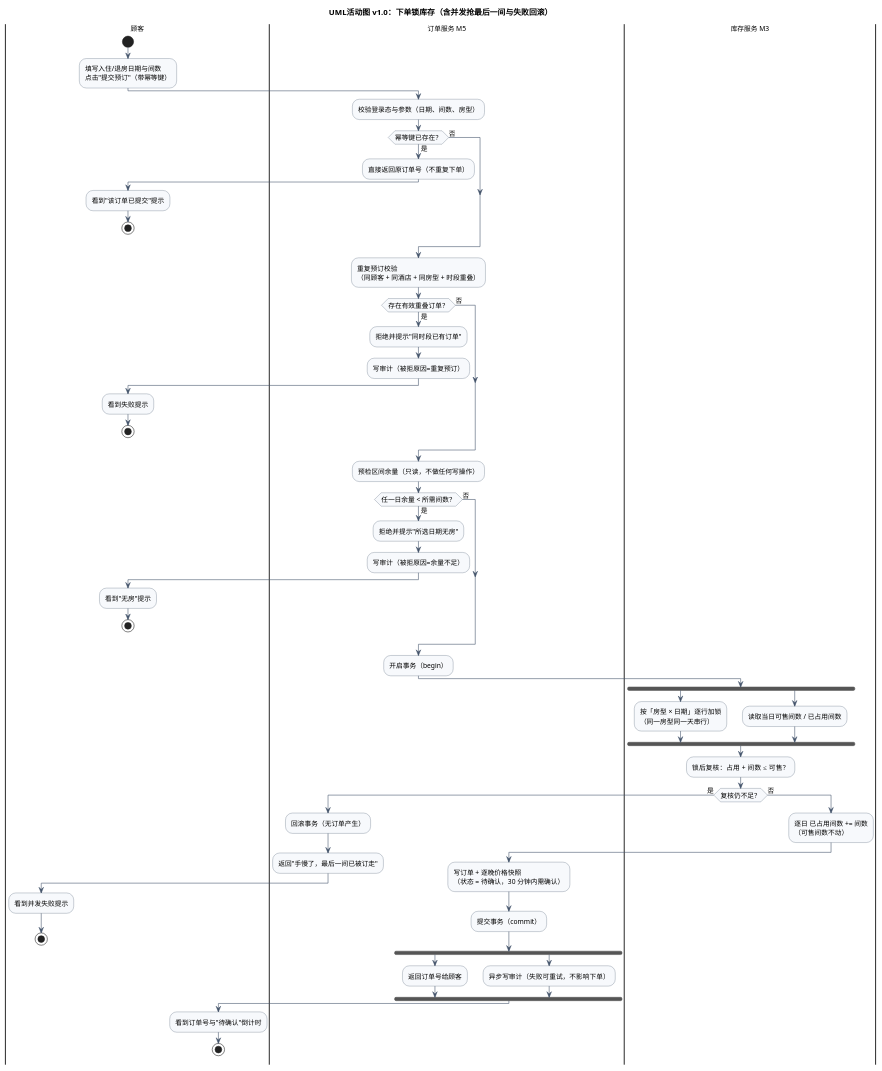
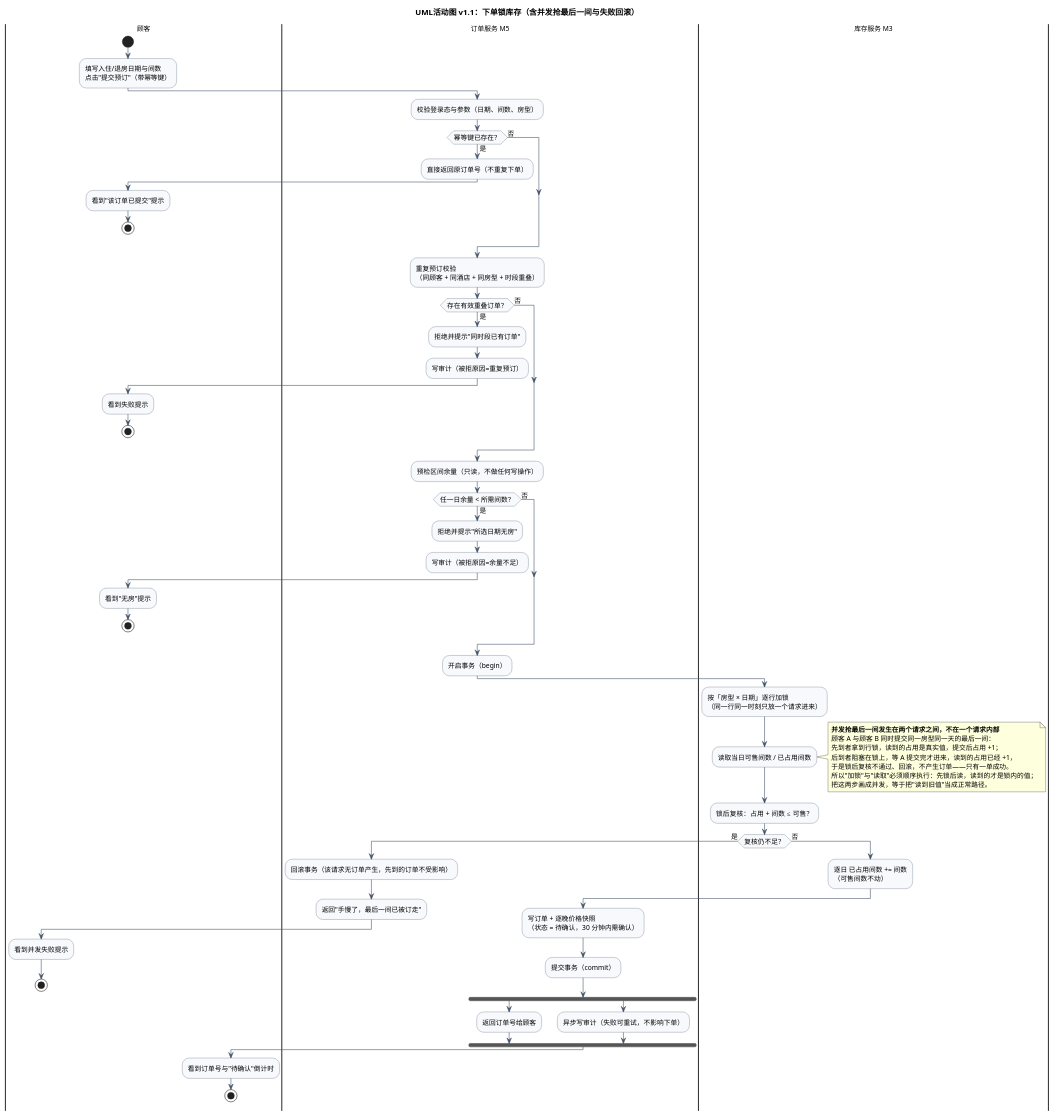
The diagram in exp2/UML/UML活动图.puml (ChenYiFanAccount/softeng-lab1-requirements), drawn with PlantUML before and after one commit. The commit also changed 7 other files, not shown here.

First line of the commit message:
[S3-fix] 行为图按 R-05~R-08 修订：21 个用例、边拆合规则、加锁与读取改顺序

```diff
--- a/exp2/UML/UML活动图.puml
+++ b/exp2/UML/UML活动图.puml
@@ -1,82 +1,88 @@
 @startuml
-' 版本：v1.0（2026-11-12，S3 行为图）
+' 版本：v1.1（2026-11-12，S3 行为图；加锁与读取改为顺序，补并发说明）
 ' 口径来源：exp2/设计基线/02_模块划分与交互.md §4 链路一、§5 事务边界（下单）
 '           exp2/设计基线/03_数据设计.md §5 库存口径（占用 += n，可售不动）
 ' 画法：泳道恰好 3 条（顾客 / 订单服务 M5 / 库存服务 M3）。审计写库放在 M5 泳道内的异步分支里，
 '      不单开第四条泳道——报告里要能说清"为什么审计不进主流程"。
-title UML活动图 v1.0：下单锁库存（含并发抢最后一间与失败回滚）
+title UML活动图 v1.1：下单锁库存（含并发抢最后一间与失败回滚）
 
 skinparam shadowing false
 skinparam defaultFontSize 12
 skinparam ArrowColor #44546A
 skinparam ActivityBackgroundColor #F7F9FC
 skinparam ActivityBorderColor #44546A
 
 |顾客|
 start
 :填写入住/退房日期与间数\n点击"提交预订"（带幂等键）;
 
 |订单服务 M5|
 :校验登录态与参数（日期、间数、房型）;
 if (幂等键已存在？) then (是)
   :直接返回原订单号（不重复下单）;
   |顾客|
   :看到"该订单已提交"提示;
   stop
 else (否)
 endif
 
 |订单服务 M5|
 :重复预订校验\n（同顾客 + 同酒店 + 同房型 + 时段重叠）;
 if (存在有效重叠订单？) then (是)
   :拒绝并提示"同时段已有订单";
   :写审计（被拒原因=重复预订）;
   |顾客|
   :看到失败提示;
   stop
 else (否)
 endif
 
 |订单服务 M5|
 :预检区间余量（只读，不做任何写操作）;
 if (任一日余量 < 所需间数？) then (是)
   :拒绝并提示"所选日期无房";
   :写审计（被拒原因=余量不足）;
   |顾客|
   :看到"无房"提示;
   stop
 else (否)
 endif
 
 |订单服务 M5|
 :开启事务（begin）;
 |库存服务 M3|
-fork
-  :按「房型 × 日期」逐行加锁\n（同一房型同一天串行）;
-fork again
-  :读取当日可售间数 / 已占用间数;
-end fork
+:按「房型 × 日期」逐行加锁\n（同一行同一时刻只放一个请求进来）;
+:读取当日可售间数 / 已占用间数;
+note right
+  **并发抢最后一间发生在两个请求之间，不在一个请求内部**
+  顾客 A 与顾客 B 同时提交同一房型同一天的最后一间：
+  先到者拿到行锁，读到的占用是真实值，提交后占用 +1；
+  后到者阻塞在锁上，等 A 提交完才进来，读到的占用已经 +1，
+  于是锁后复核不通过、回滚，不产生订单——只有一单成功。
+  所以"加锁"与"读取"必须顺序执行：先锁后读，读到的才是锁内的值；
+  把这两步画成并发，等于把"读到旧值"当成正常路径。
+end note
 :锁后复核：占用 + 间数 ≤ 可售？;
 if (复核仍不足？) then (是)
   |订单服务 M5|
-  :回滚事务（无订单产生）;
+  :回滚事务（该请求无订单产生，先到的订单不受影响）;
   :返回"手慢了，最后一间已被订走";
   |顾客|
   :看到并发失败提示;
   stop
 else (否)
   |库存服务 M3|
   :逐日 已占用间数 += 间数\n（可售间数不动）;
   |订单服务 M5|
   :写订单 + 逐晚价格快照\n（状态 = 待确认，30 分钟内需确认）;
   :提交事务（commit）;
   fork
     :返回订单号给顾客;
   fork again
     :异步写审计（失败可重试，不影响下单）;
   end fork
   |顾客|
   :看到订单号与"待确认"倒计时;
   stop
 endif
 @enduml
```
